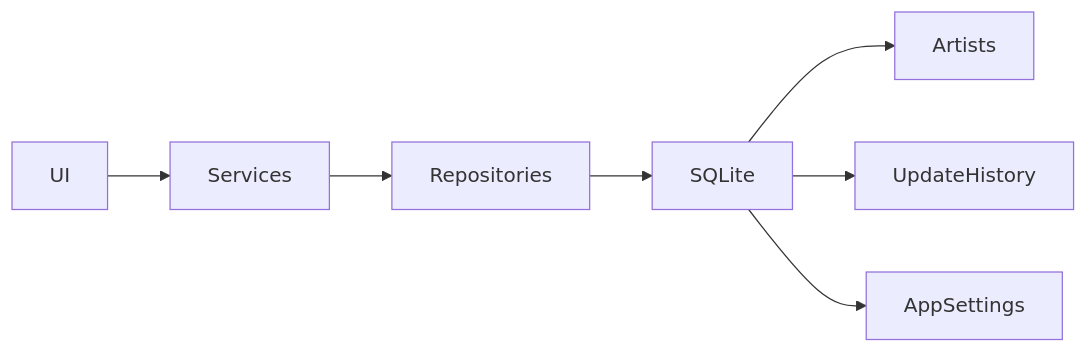
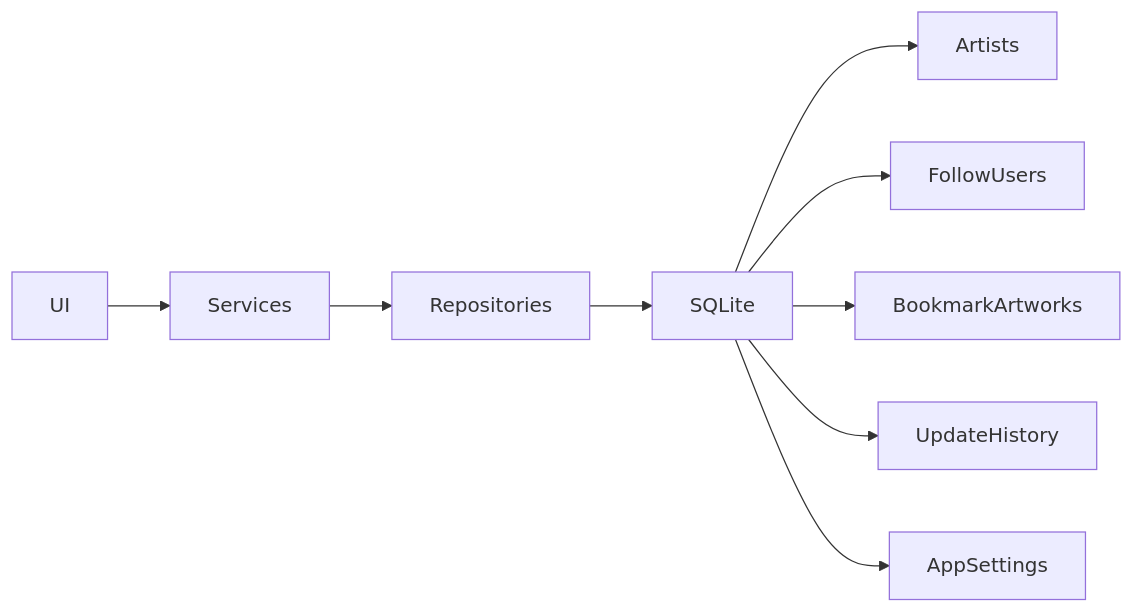
Before and after one commit to PKT0623/PixivLocalManager: diagram 23 of 23 in docs/07_ARCHITECTURE.md, drawn with Mermaid. The commit also changed other lines of this file and 10 other files, not shown here.

````diff
--- a/docs/07_ARCHITECTURE.md
+++ b/docs/07_ARCHITECTURE.md
@@ -1091,21 +1484,23 @@
 ```mermaid
 flowchart LR
 
 UI
 --> Services
 
 Services
 --> Repositories
 
 Repositories
 --> SQLite
 
 SQLite
 --> Artists
-
+SQLite
+--> FollowUsers
+SQLite
+--> BookmarkArtworks
 SQLite
 --> UpdateHistory
-
 SQLite
 --> AppSettings
 ```
````
